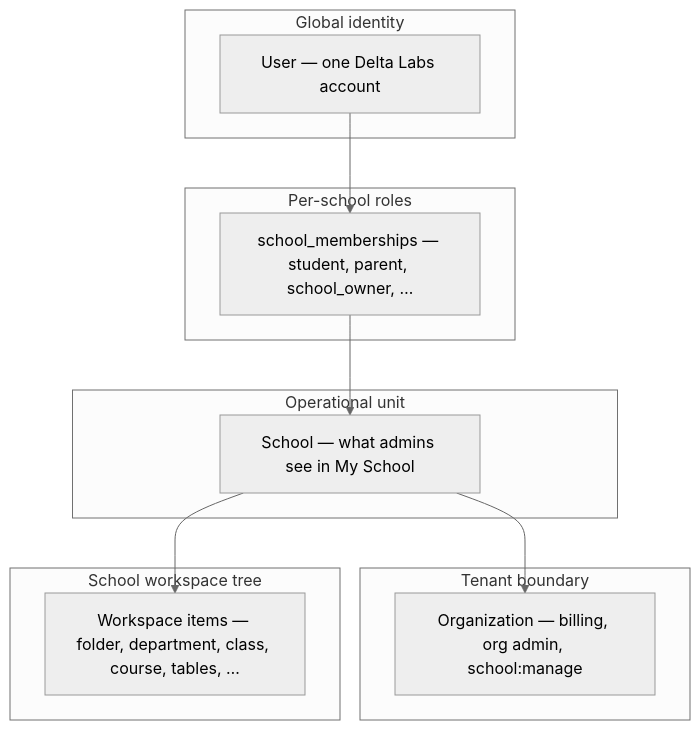
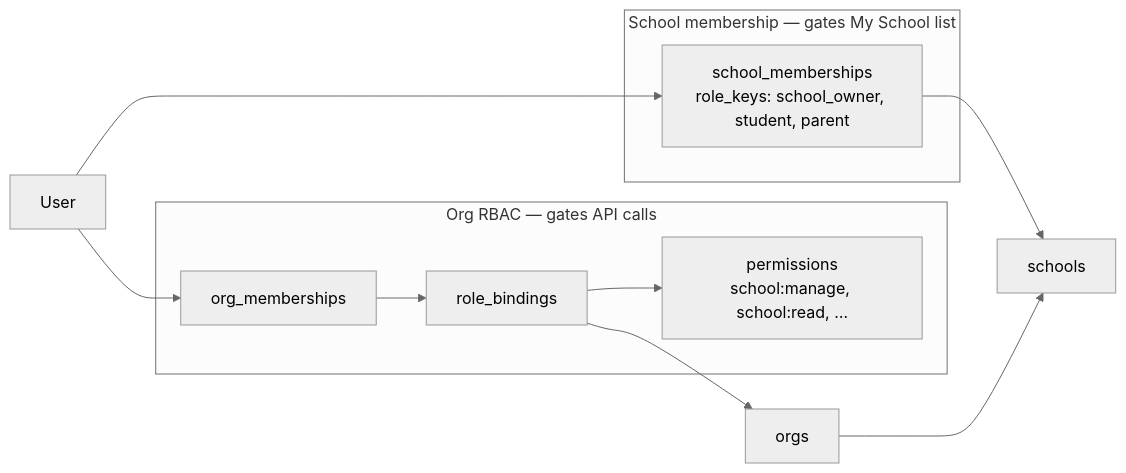
One commit to dinksira/Delta changed the second of 11 diagrams in docs/school-page/delta-labs-school-architecture-how-it-connects.md. Above: the diagram before and after it, drawn with Mermaid (neutral theme). The commit also changed other lines of this file and 92 other files, not shown here.

````diff
--- a/docs/school-page/delta-labs-school-architecture-how-it-connects.md
+++ b/docs/school-page/delta-labs-school-architecture-how-it-connects.md
@@ -32,27 +76,21 @@
 ```mermaid
-flowchart TB
-  subgraph Global["Global identity"]
-    User["User — one Delta Labs account"]
+flowchart LR
+  U["User"]
+
+  subgraph AuthZ["Org RBAC — gates API calls"]
+    OM["org_memberships"]
+    RB["role_bindings"]
+    PERM["permissions<br/>school:manage, school:read, …"]
+    OM --> RB --> PERM
   end
 
-  subgraph Tenant["Tenant boundary"]
-    Org["Organization — billing, org admin, school:manage"]
+  subgraph SchoolUX["School membership — gates My School list"]
+    SM["school_memberships<br/>role_keys: school_owner, student, parent"]
   end
 
-  subgraph SchoolLayer["Operational unit"]
-    School["School — what admins see in My School"]
-  end
-
-  subgraph Content["School workspace tree"]
-    Items["Workspace items — folder, department, class, course, tables, …"]
-  end
-
-  subgraph Roles["Per-school roles"]
-    Mem["school_memberships — student, parent, school_owner, …"]
-  end
-
-  User --> Mem
-  Mem --> School
-  School --> Org
-  School --> Items
+  U --> OM
+  U --> SM
+  SM --> S["schools"]
+  RB --> O["orgs"]
+  O --> S
 ```
````
